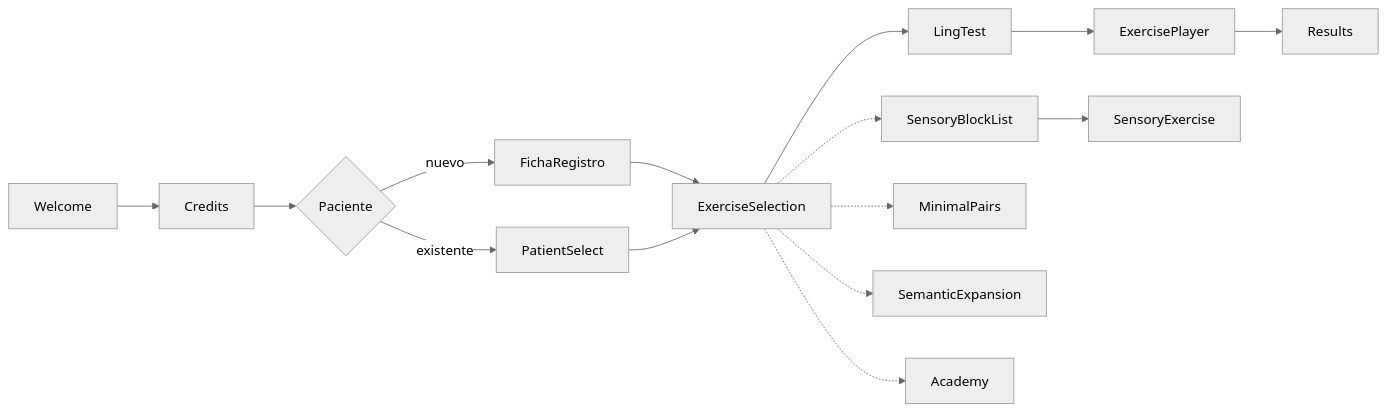
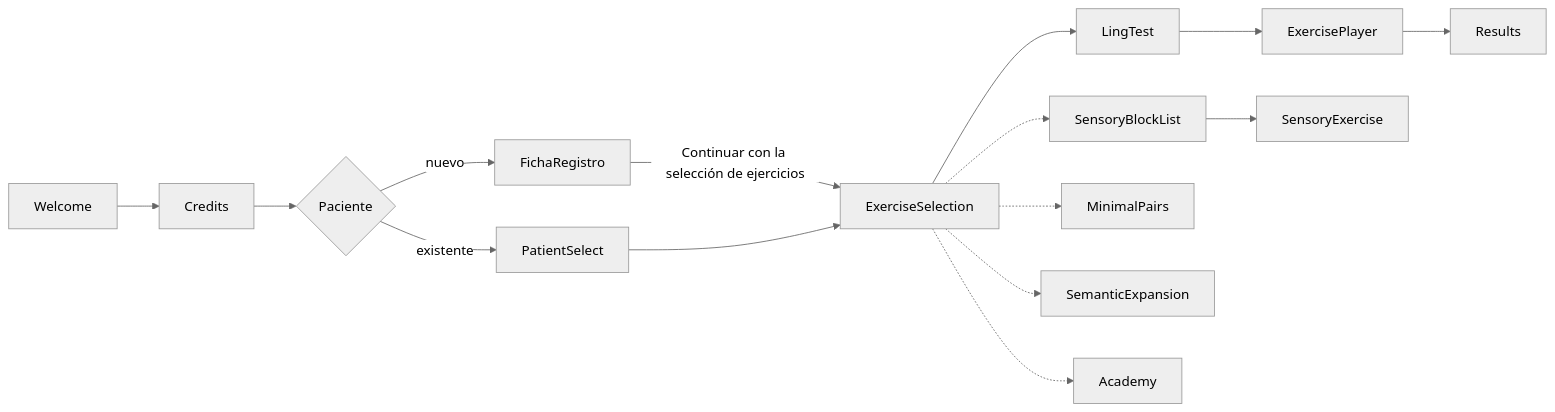
The first of 2 diagrams in README.md (FrankBetances/Valeria), drawn with Mermaid (neutral theme) before and after one commit. The commit also changed other lines of this file, not shown here.

Commit message:
README: el flujo y el historial nombran el botón nuevo de la ficha
El diagrama de pantallas etiqueta la arista FichaRegistro → ExerciseSelection
con el texto real del botón, y la tabla de la V13 registra el cambio.

Claude-Session: https://claude.ai/code/session_01JthFVq9AJ4A5Q3k38Kr3oZ

````diff
--- a/README.md
+++ b/README.md
@@ -713,17 +713,17 @@
 ```mermaid
 flowchart LR
     W[Welcome] --> C[Credits]
     C --> P{Paciente}
     P -->|nuevo| F[FichaRegistro]
     P -->|existente| S[PatientSelect]
-    F --> H[ExerciseSelection]
+    F -->|Continuar con la selección de ejercicios| H[ExerciseSelection]
     S --> H
     H --> L[LingTest]
     L --> E[ExercisePlayer]
     E --> R[Results]
     H -.-> SN[SensoryBlockList]
     SN --> SX[SensoryExercise]
     H -.-> MP[MinimalPairs]
     H -.-> SE[SemanticExpansion]
     H -.-> AC[Academy]
 ```
````
